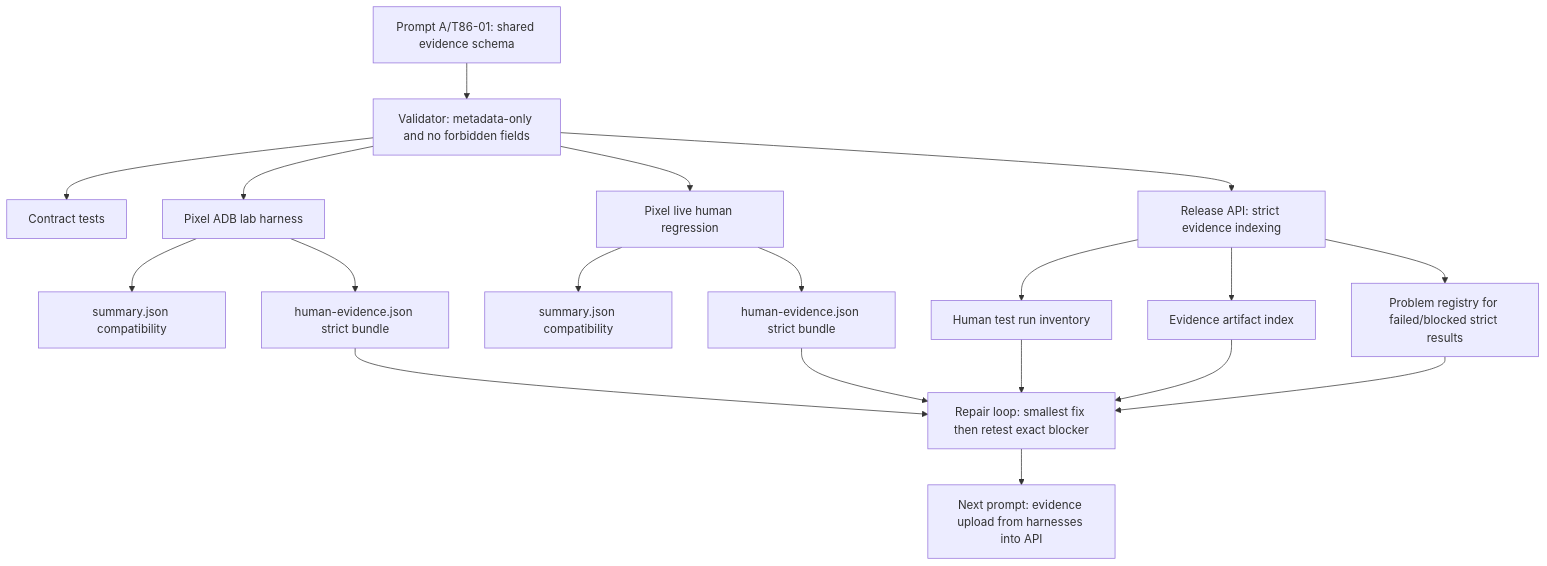
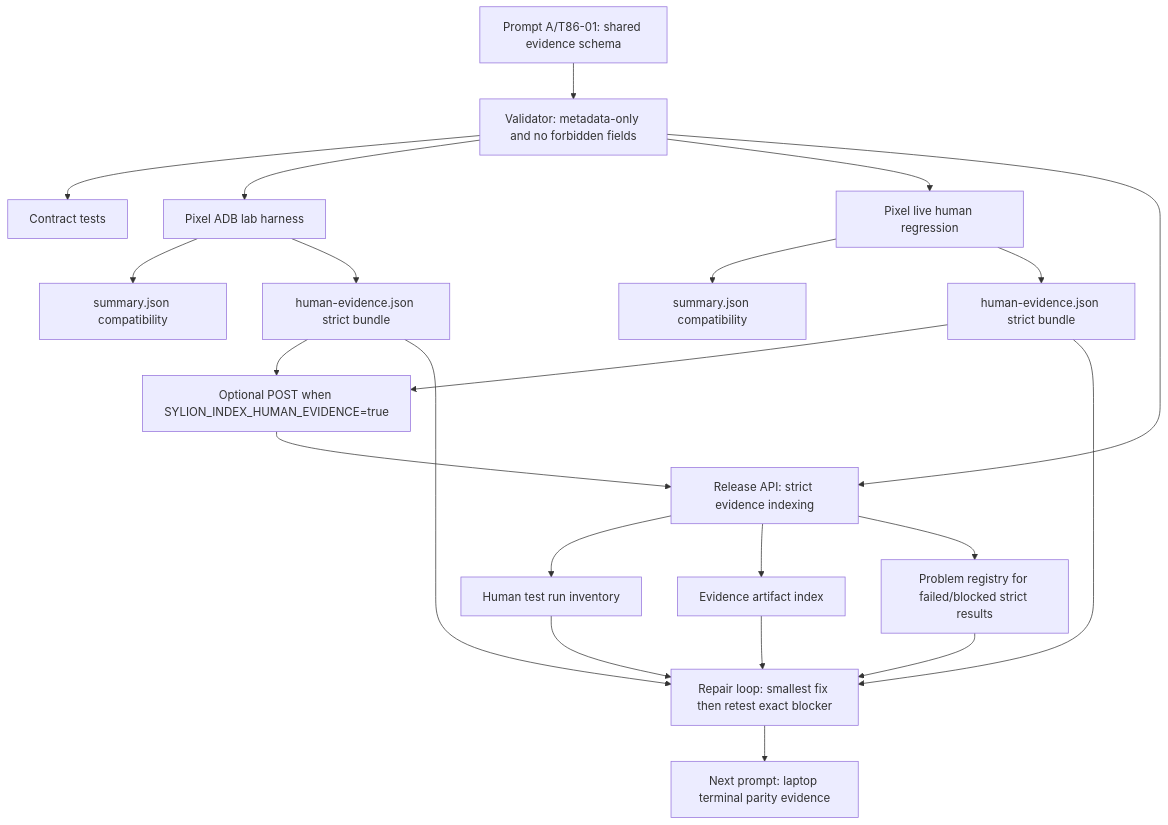
One commit to officemexel-hash/sylion_secure changed the diagram in docs/admin-panel-v2/120-step3-86-implementation-freeze-human-evidence-contract.md. Above: the diagram before and after it, drawn with Mermaid. The commit also changed other lines of this file and 2 other files, not shown here.

Commit message:
Wire strict human evidence indexing

````diff
--- a/docs/admin-panel-v2/120-step3-86-implementation-freeze-human-evidence-contract.md
+++ b/docs/admin-panel-v2/120-step3-86-implementation-freeze-human-evidence-contract.md
@@ -63,21 +72,24 @@
 ```mermaid
 flowchart TD
   A["Prompt A/T86-01: shared evidence schema"] --> B["Validator: metadata-only and no forbidden fields"]
   B --> C["Contract tests"]
   B --> D["Pixel ADB lab harness"]
   B --> E["Pixel live human regression"]
   B --> L["Release API: strict evidence indexing"]
   D --> F["summary.json compatibility"]
   D --> G["human-evidence.json strict bundle"]
   E --> H["summary.json compatibility"]
   E --> I["human-evidence.json strict bundle"]
+  G --> P["Optional POST when SYLION_INDEX_HUMAN_EVIDENCE=true"]
+  I --> P
+  P --> L
   L --> M["Human test run inventory"]
   L --> N["Evidence artifact index"]
   L --> O["Problem registry for failed/blocked strict results"]
   G --> J["Repair loop: smallest fix then retest exact blocker"]
   I --> J
   M --> J
   N --> J
   O --> J
-  J --> K["Next prompt: evidence upload from harnesses into API"]
+  J --> K["Next prompt: laptop terminal parity evidence"]
 ```
````
